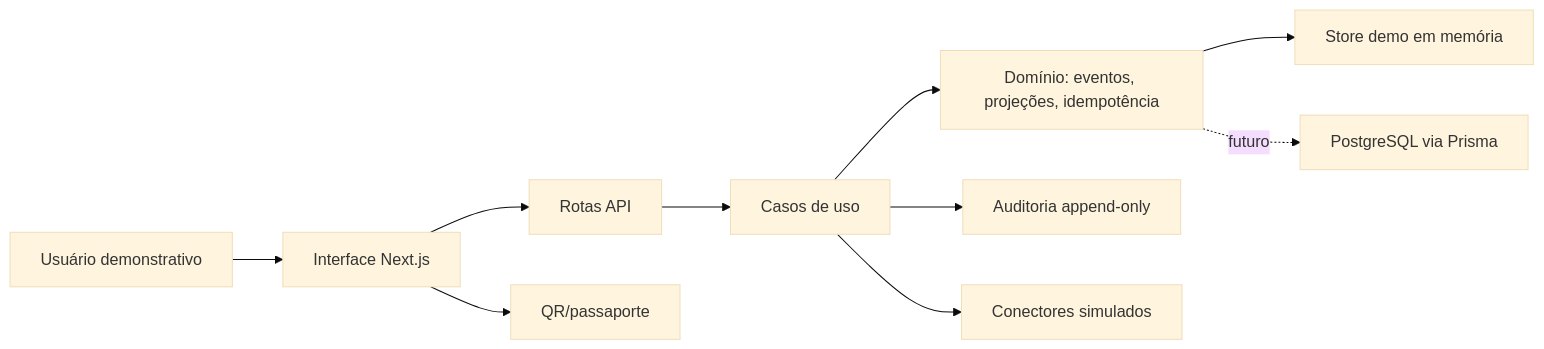
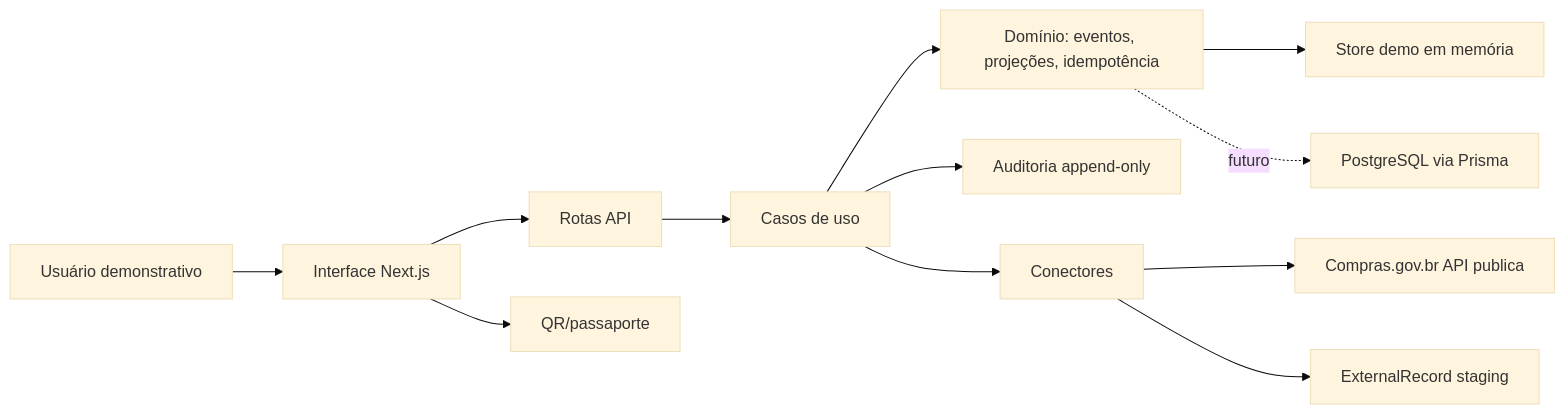
Before and after one commit to edersouzamelo/MCL: the diagram in docs/ARCHITECTURE.md, drawn with Mermaid (base theme). The commit also changed other lines of this file and 34 other files, not shown here.

Commit message:
feat: add compras gov connector

````diff
--- a/docs/ARCHITECTURE.md
+++ b/docs/ARCHITECTURE.md
@@ -5,12 +5,14 @@
 ```mermaid
 flowchart LR
   U["Usuário demonstrativo"] --> UI["Interface Next.js"]
   UI --> API["Rotas API"]
   API --> APP["Casos de uso"]
   APP --> DOM["Domínio: eventos, projeções, idempotência"]
   DOM --> STORE["Store demo em memória"]
   DOM -. futuro .-> PG["PostgreSQL via Prisma"]
   APP --> AUD["Auditoria append-only"]
   UI --> QR["QR/passaporte"]
-  APP --> CONN["Conectores simulados"]
+  APP --> CONN["Conectores"]
+  CONN --> GOV["Compras.gov.br API publica"]
+  CONN --> STG["ExternalRecord staging"]
 ```
````
